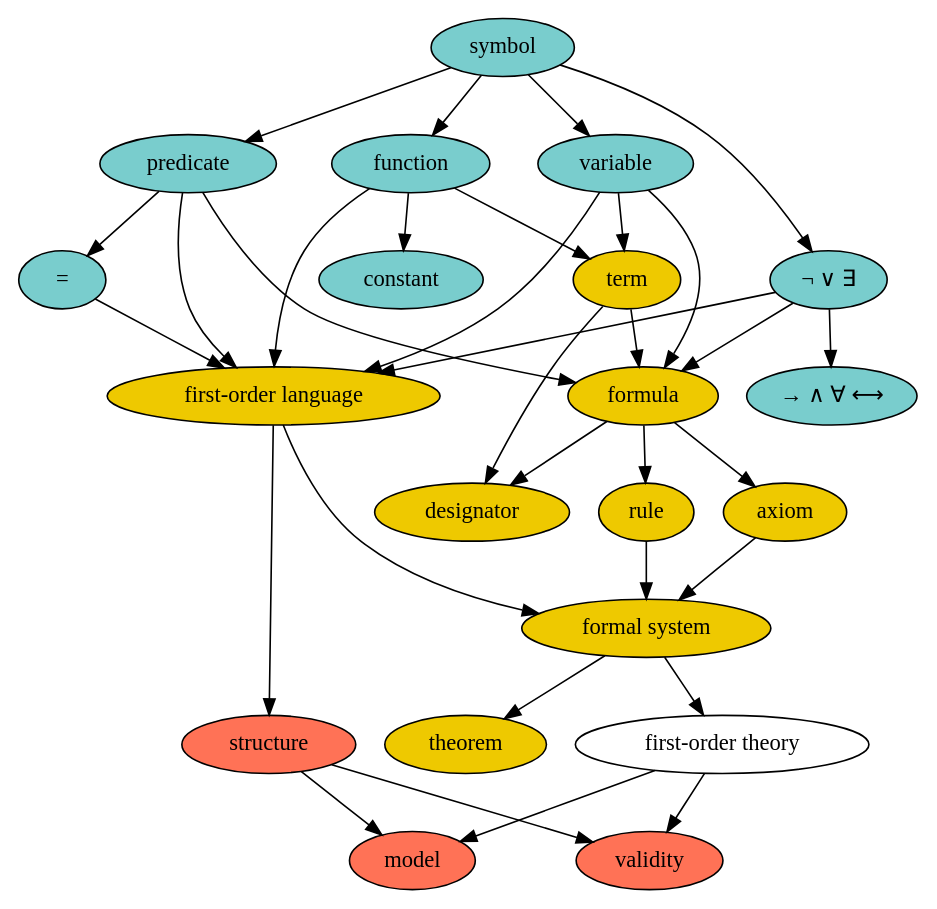
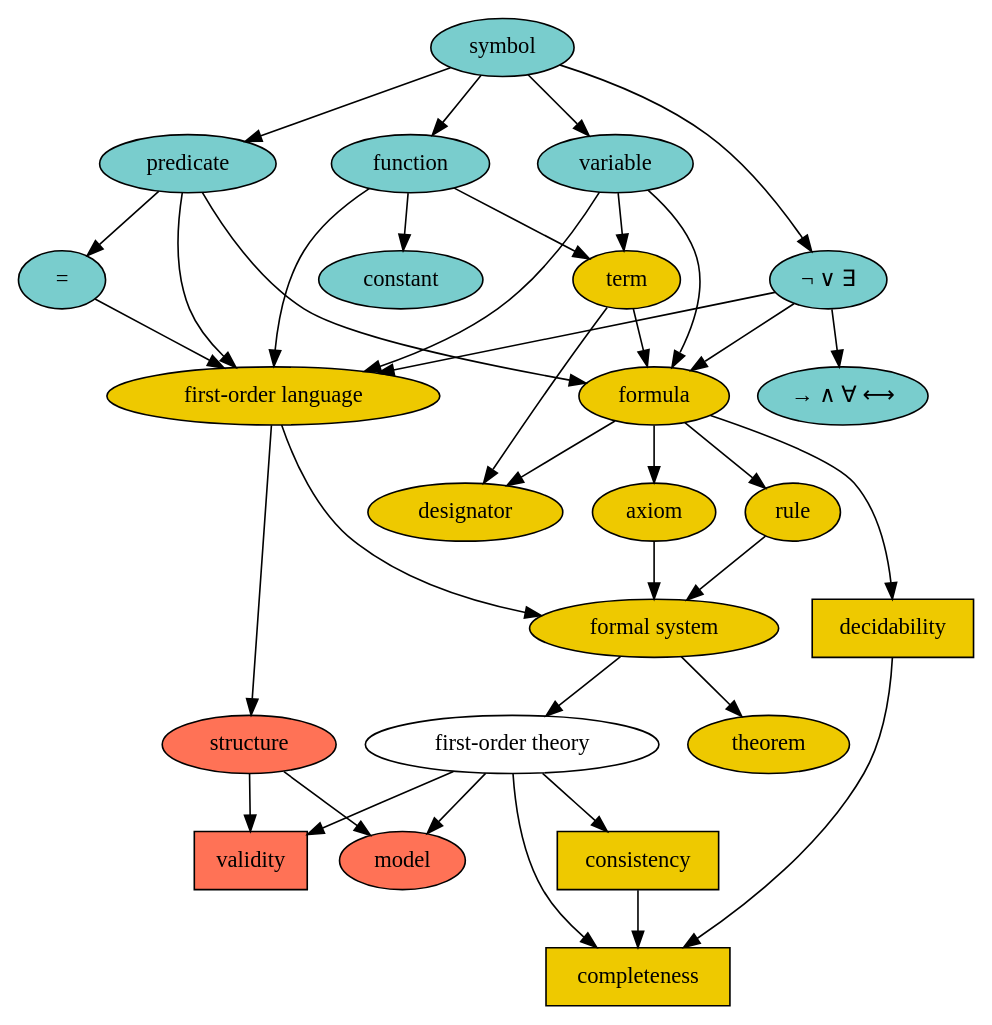
Before and after one commit to ale64bit/logic: the diagram in doc/concepts.dot, drawn with Graphviz. The commit also changed 18 other files, not shown here.

```diff
--- a/doc/concepts.dot
+++ b/doc/concepts.dot
@@ -1,85 +1,93 @@
 digraph {
   theory[label="first-order theory"];
 
   subgraph symbols {
     node [style=filled,fillcolor=darkslategray3];
     rankdir="LR";
     style=filled; 
     color=lightgrey;
     label="symbols";
 
     symbol;
     variable;
     function;
     predicate;
     constant;
     connective[label="¬ ∨ ∃"];
     defined_symbol[label="→ ∧ ∀ ⟷"];
     equality[label="="];
 
     symbol -> variable;
     symbol -> function;
     symbol -> predicate;
     symbol -> connective;
     connective -> defined_symbol;
     predicate -> equality;
     function -> constant;
   } 
 
   subgraph syntax {
     node [style=filled,fillcolor=gold2];
     style=filled; 
     color=lightgrey;
     label="syntax";
 
     first_order_lang[label="first-order language"];
     term;
     formula;
     designator;
     axiom;
     rule;
     theorem;
     formal_system[label="formal system"];
+    consistency[shape=box];
+    decidability[shape=box];
+    completeness[shape=box];
 
     term -> formula;
     formula -> axiom;
     formula -> rule;
     term -> designator;
     formula -> designator;
     first_order_lang -> formal_system;
     axiom -> formal_system;
     rule -> formal_system;
     formal_system -> theorem;
+    formula -> decidability;
+    decidability -> completeness;
+    consistency -> completeness;
   }
 
   subgraph semantics {
     node [style=filled,fillcolor=coral1];
     style=filled; 
     color=lightgrey;
     label="semantics";
 
     structure;
     model;
-    validity;
+    validity[shape=box];
 
     structure -> model;
     structure -> validity;
   }
 
   variable -> first_order_lang;
   function -> first_order_lang;
   predicate -> first_order_lang;
   connective -> first_order_lang;
   equality -> first_order_lang;
   variable -> term;
   function -> term;
   variable -> formula;
   predicate -> formula;
   connective -> formula;
 
   first_order_lang -> structure;
   formal_system -> theory;
   theory -> model;
   theory -> validity;
+  theory -> consistency;
+  theory -> completeness;
 
 }
```
